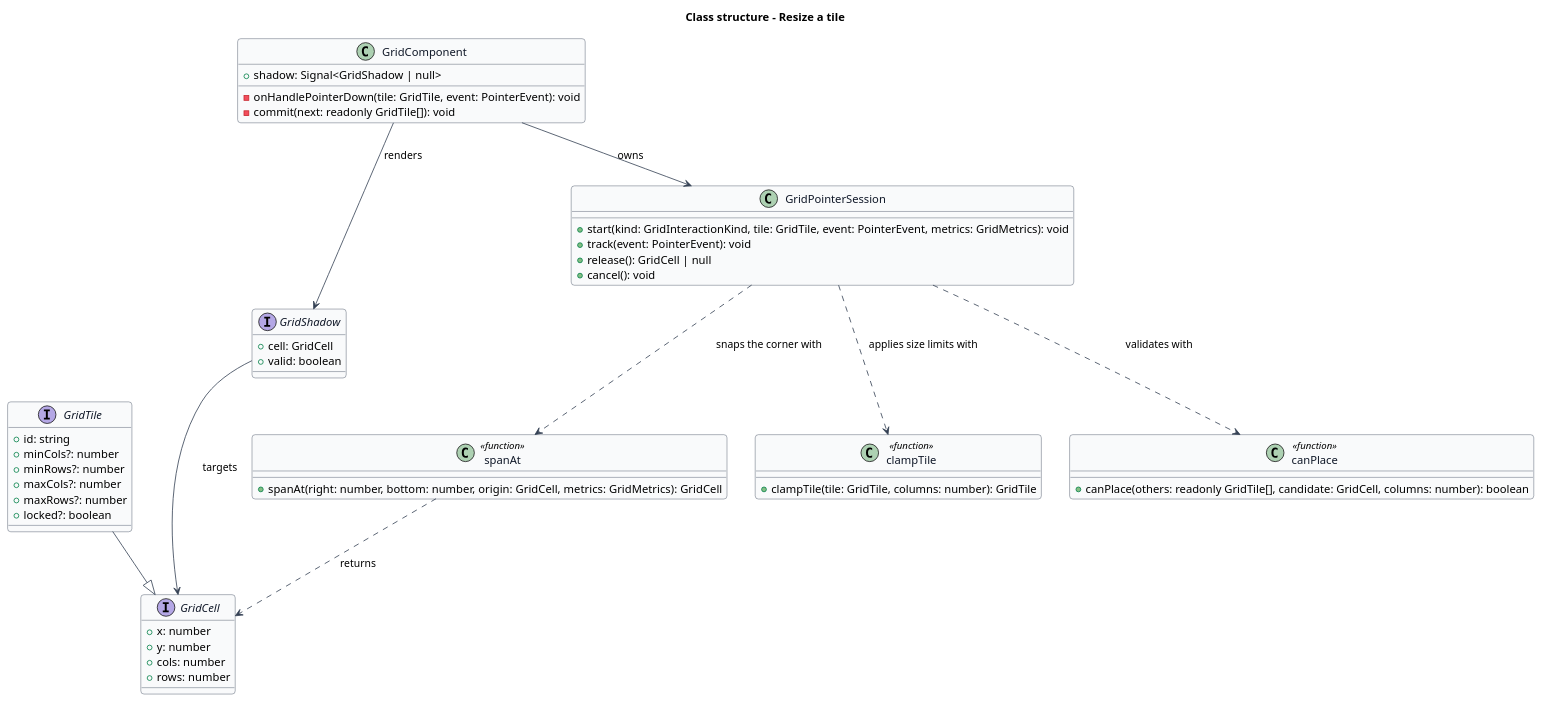
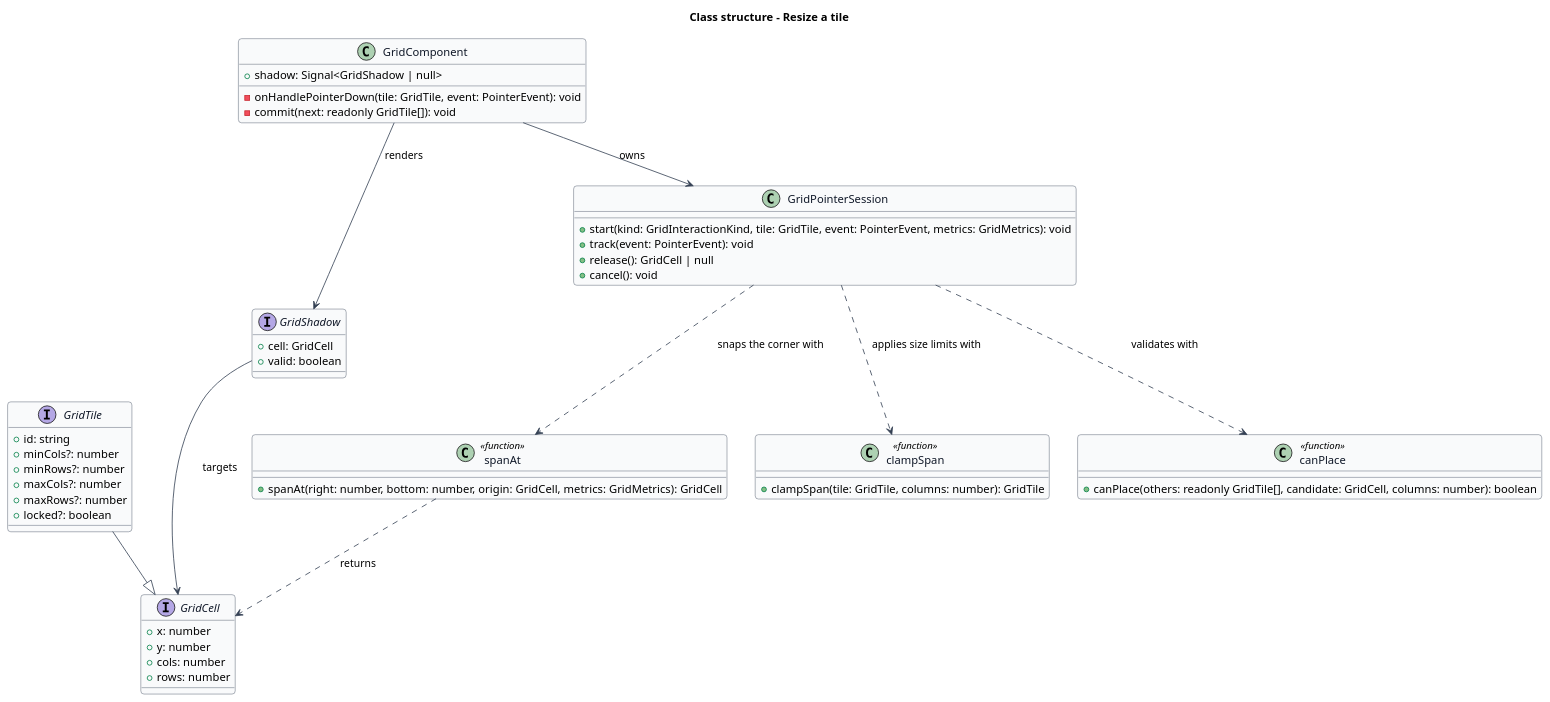
The diagram in docs/detailed-designs/tile-interaction/resize-a-tile/diagrams/class-structure.puml (QuinntyneBrown/qbc-grid), drawn with PlantUML before and after one commit. The commit also changed 19 other files, not shown here.

```diff
--- a/docs/detailed-designs/tile-interaction/resize-a-tile/diagrams/class-structure.puml
+++ b/docs/detailed-designs/tile-interaction/resize-a-tile/diagrams/class-structure.puml
@@ -1,70 +1,70 @@
 @startuml
 ' --- shared skin header ---
 skinparam backgroundColor #FFFFFF
 skinparam shadowing false
 skinparam roundcorner 8
 skinparam defaultFontName Arial
 skinparam ArrowColor #344054
 skinparam class {
   BorderColor #344054
   FontColor #101828
   BackgroundColor #F9FAFB
 }
 ' --------------------------
 title Class structure - Resize a tile
 
 interface GridCell {
   +x: number
   +y: number
   +cols: number
   +rows: number
 }
 
 interface GridTile {
   +id: string
   +minCols?: number
   +minRows?: number
   +maxCols?: number
   +maxRows?: number
   +locked?: boolean
 }
 
 interface GridShadow {
   +cell: GridCell
   +valid: boolean
 }
 
 class GridPointerSession {
   +start(kind: GridInteractionKind, tile: GridTile, event: PointerEvent, metrics: GridMetrics): void
   +track(event: PointerEvent): void
   +release(): GridCell | null
   +cancel(): void
 }
 
 class GridComponent {
   +shadow: Signal<GridShadow | null>
   -onHandlePointerDown(tile: GridTile, event: PointerEvent): void
   -commit(next: readonly GridTile[]): void
 }
 
 class spanAt <<function>> {
   +spanAt(right: number, bottom: number, origin: GridCell, metrics: GridMetrics): GridCell
 }
 
-class clampTile <<function>> {
-  +clampTile(tile: GridTile, columns: number): GridTile
+class clampSpan <<function>> {
+  +clampSpan(tile: GridTile, columns: number): GridTile
 }
 
 class canPlace <<function>> {
   +canPlace(others: readonly GridTile[], candidate: GridCell, columns: number): boolean
 }
 
 GridTile --|> GridCell
 GridComponent --> GridPointerSession : owns
 GridComponent --> GridShadow : renders
 GridPointerSession ..> spanAt : snaps the corner with
-GridPointerSession ..> clampTile : applies size limits with
+GridPointerSession ..> clampSpan : applies size limits with
 GridPointerSession ..> canPlace : validates with
 GridShadow --> GridCell : targets
 spanAt ..> GridCell : returns
 @enduml
```
